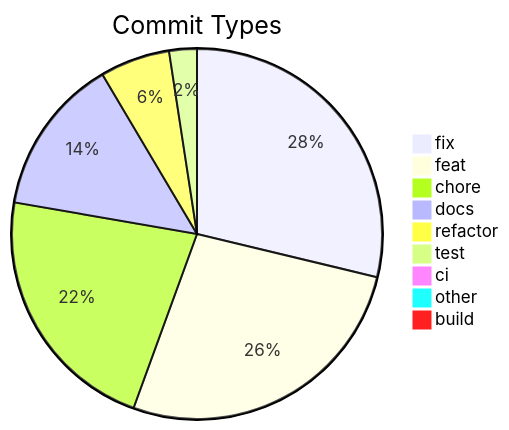
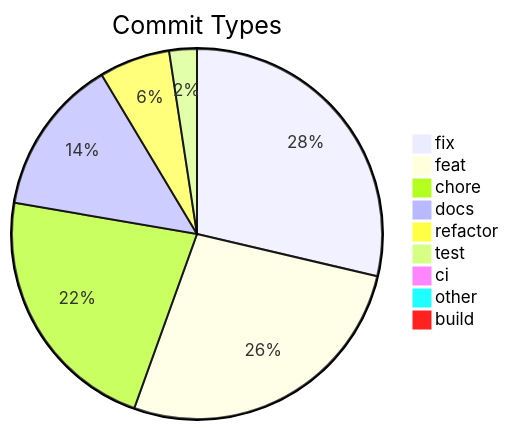
The diagram in .shipwright/compliance/change-history.md (svenroth-ai/shipwright), drawn with Mermaid before and after one commit. The commit also changed other lines of this file and 20 other files, not shown here.

````diff
--- a/.shipwright/compliance/change-history.md
+++ b/.shipwright/compliance/change-history.md
@@ -8,12 +8,12 @@
 ```mermaid
 pie title Commit Types
     "fix" : 297
-    "feat" : 277
-    "chore" : 229
+    "feat" : 278
+    "chore" : 230
     "docs" : 142
-    "refactor" : 63
+    "refactor" : 64
     "test" : 25
     "ci" : 7
     "other" : 7
     "build" : 1
 ```
````
